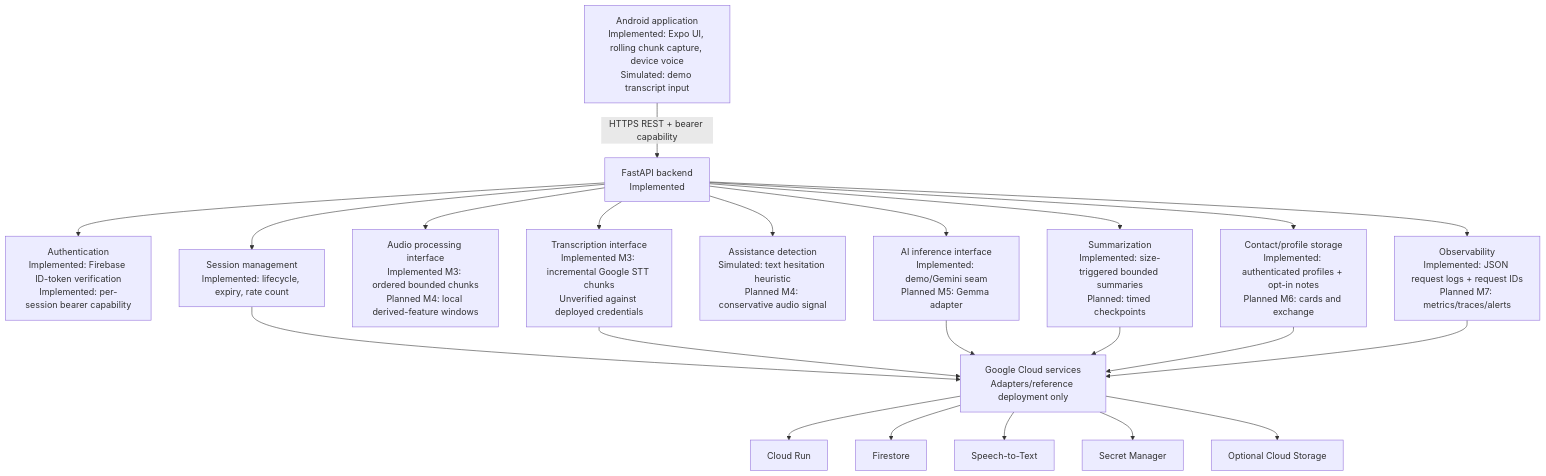
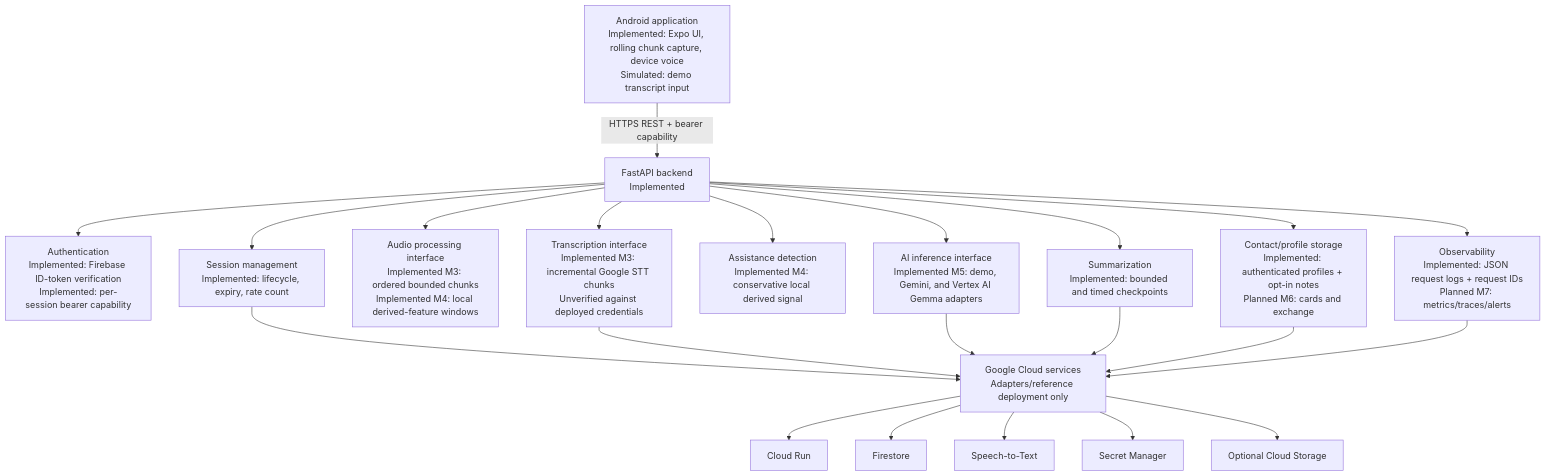
The first of 2 diagrams in docs/ARCHITECTURE.md (honeyreddydaram/Wings), drawn with Mermaid before and after one commit. The commit also changed other lines of this file and 17 other files, not shown here.

````diff
--- a/docs/ARCHITECTURE.md
+++ b/docs/ARCHITECTURE.md
@@ -9,19 +9,19 @@
 ```mermaid
 flowchart TB
     A[Android application<br/>Implemented: Expo UI, rolling chunk capture, device voice<br/>Simulated: demo transcript input] -->|HTTPS REST + bearer capability| B[FastAPI backend<br/>Implemented]
     B --> C[Authentication<br/>Implemented: Firebase ID-token verification<br/>Implemented: per-session bearer capability]
     B --> D[Session management<br/>Implemented: lifecycle, expiry, rate count]
-    B --> E[Audio processing interface<br/>Implemented M3: ordered bounded chunks<br/>Planned M4: local derived-feature windows]
+    B --> E[Audio processing interface<br/>Implemented M3: ordered bounded chunks<br/>Implemented M4: local derived-feature windows]
     B --> F[Transcription interface<br/>Implemented M3: incremental Google STT chunks<br/>Unverified against deployed credentials]
-    B --> G[Assistance detection<br/>Simulated: text hesitation heuristic<br/>Planned M4: conservative audio signal]
-    B --> H[AI inference interface<br/>Implemented: demo/Gemini seam<br/>Planned M5: Gemma adapter]
-    B --> I[Summarization<br/>Implemented: size-triggered bounded summaries<br/>Planned: timed checkpoints]
+    B --> G[Assistance detection<br/>Implemented M4: conservative local derived signal]
+    B --> H[AI inference interface<br/>Implemented M5: demo, Gemini, and Vertex AI Gemma adapters]
+    B --> I[Summarization<br/>Implemented: bounded and timed checkpoints]
     B --> J[Contact/profile storage<br/>Implemented: authenticated profiles + opt-in notes<br/>Planned M6: cards and exchange]
     B --> K[Observability<br/>Implemented: JSON request logs + request IDs<br/>Planned M7: metrics/traces/alerts]
     D & F & H & I & J & K --> L[Google Cloud services<br/>Adapters/reference deployment only]
     L --> L1[Cloud Run]
     L --> L2[Firestore]
     L --> L3[Speech-to-Text]
     L --> L4[Secret Manager]
     L --> L5[Optional Cloud Storage]
 ```
````
